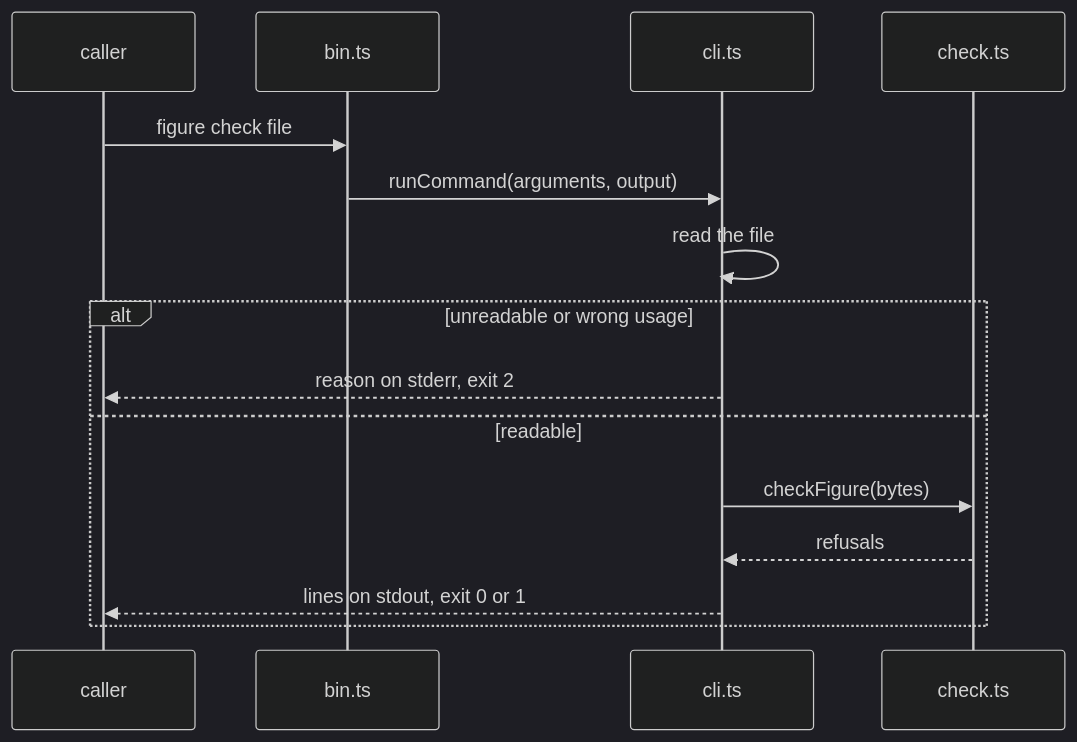
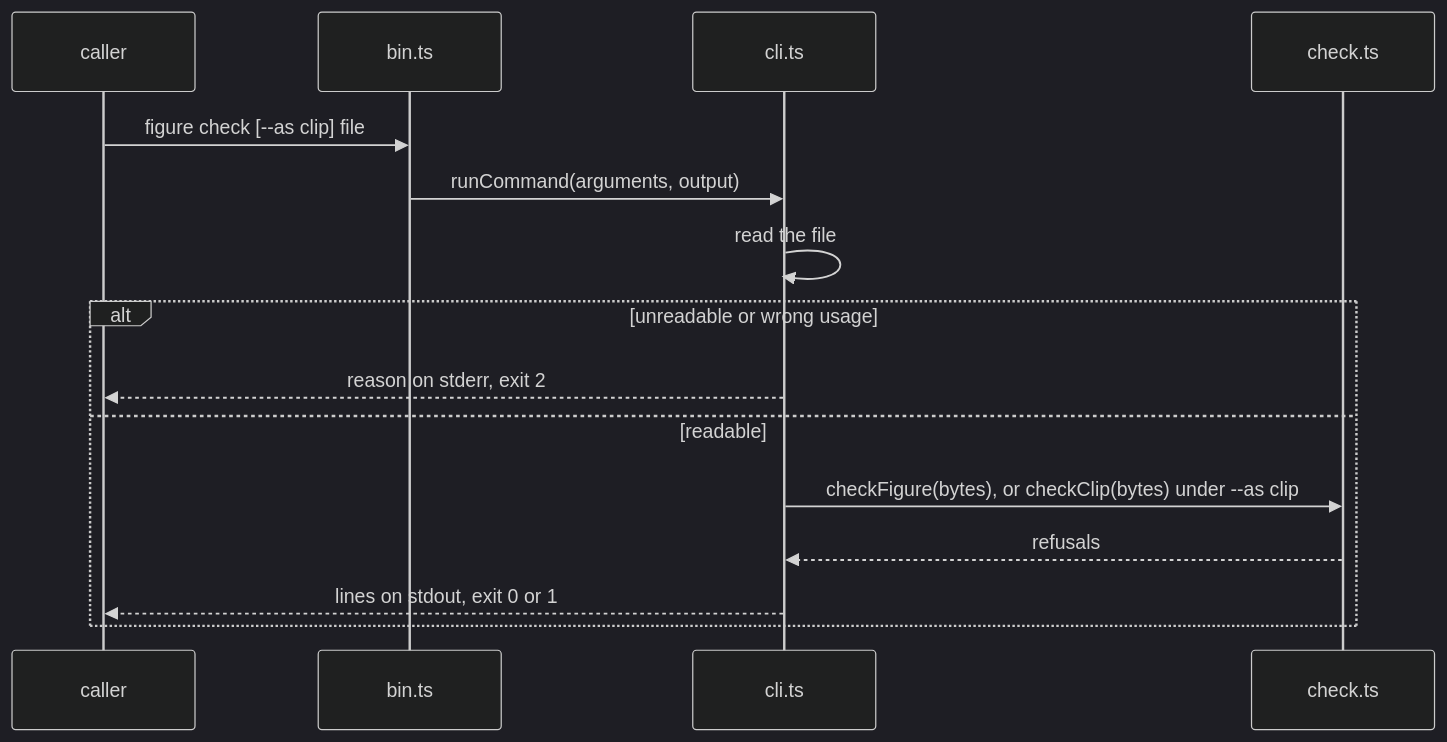
The third of 4 diagrams in docs/ARCHITECTURE.md (overnightworks/figure), drawn with Mermaid (dark theme) before and after one commit. The commit also changed other lines of this file and 19 other files, not shown here.

First line of the commit message:
figure check --as clip and checkClip (#81)

````diff
--- a/docs/ARCHITECTURE.md
+++ b/docs/ARCHITECTURE.md
@@ -88,17 +94,17 @@
 ```mermaid
 sequenceDiagram
     participant U as caller
     participant B as bin.ts
     participant C as cli.ts
     participant K as check.ts
-    U->>B: figure check file
+    U->>B: figure check [--as clip] file
     B->>C: runCommand(arguments, output)
     C->>C: read the file
     alt unreadable or wrong usage
         C-->>U: reason on stderr, exit 2
     else readable
-        C->>K: checkFigure(bytes)
+        C->>K: checkFigure(bytes), or checkClip(bytes) under --as clip
         K-->>C: refusals
         C-->>U: lines on stdout, exit 0 or 1
     end
 ```
````
